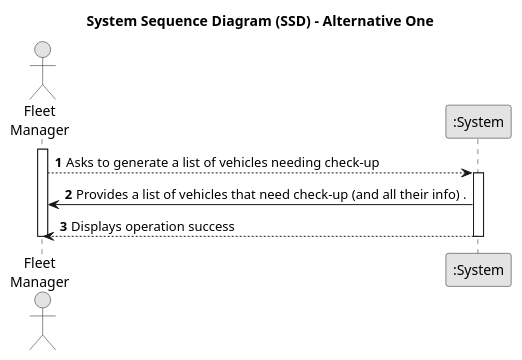
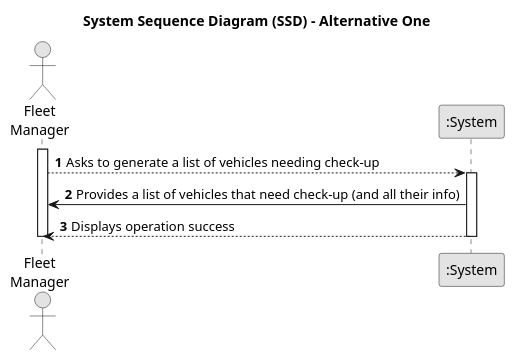
The diagram in docs/sprintA/us008/01.requirements-engineering/puml/us008-system-sequence-diagram-alternative-one.puml (SAEmanuel/Green_Spaces_Management_ISEP), drawn with PlantUML before and after one commit. The commit also changed 3 other files, not shown here.

```diff
--- a/docs/sprintA/us008/01.requirements-engineering/puml/us008-system-sequence-diagram-alternative-one.puml
+++ b/docs/sprintA/us008/01.requirements-engineering/puml/us008-system-sequence-diagram-alternative-one.puml
@@ -1,25 +1,23 @@
 @startuml
 skinparam monochrome true
 skinparam packageStyle rectangle
 skinparam shadowing false
 
 title System Sequence Diagram (SSD) - Alternative One
 
 autonumber
 
 actor "Fleet\nManager" as FM
 participant ":System" as System
 
-
         activate FM
 
         FM --> System: Asks to generate a list of vehicles needing check-up
         activate System
 
-        System -> FM : Provides a list of vehicles that need check-up (and all their info) .
+        System -> FM : Provides a list of vehicles that need check-up (and all their info)
+        System --> FM : Displays operation success
 
-        System --> FM : Displays operation success
         deactivate System
         deactivate FM
-
 @enduml
```
